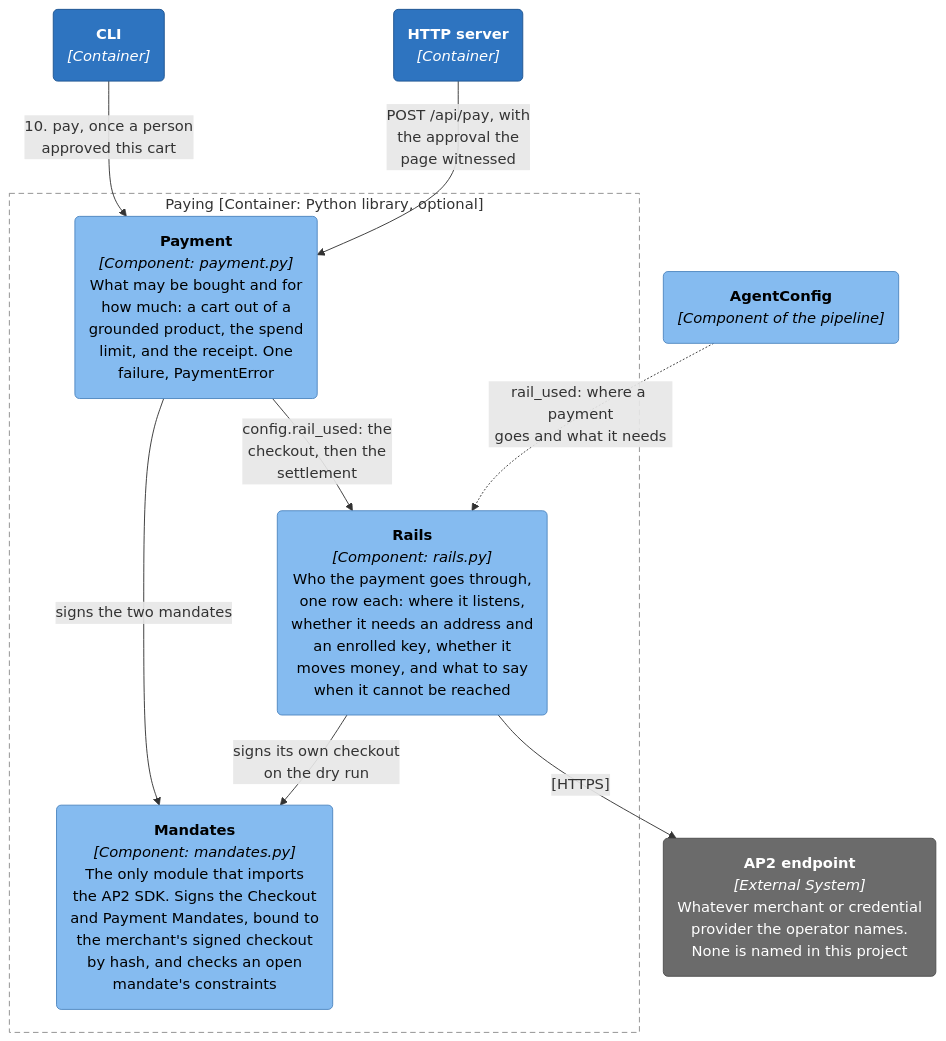
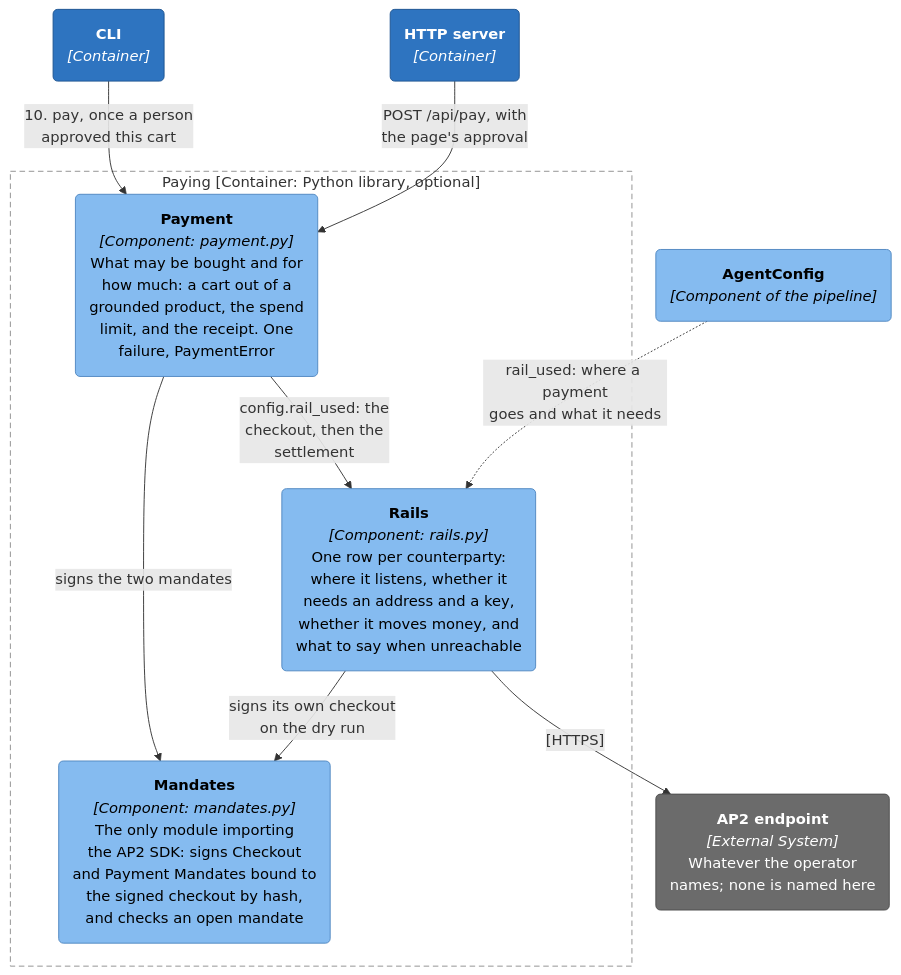
The eighth of 11 diagrams in docs/architecture.md (adamw7/buy_agent), drawn with Mermaid before and after one commit. The commit also changed other lines of this file and 6 other files, not shown here.

````diff
--- a/docs/architecture.md
+++ b/docs/architecture.md
@@ -426,37 +413,37 @@
 ```mermaid
 ---
 config:
   flowchart:
     wrappingWidth: 400
     nodeSpacing: 32
     rankSpacing: 50
 ---
 graph TB
     cli("<b>CLI</b><br/><i>[Container]</i>")
     server("<b>HTTP server</b><br/><i>[Container]</i>")
     config("<b>AgentConfig</b><br/><i>[Component of the pipeline]</i>")
 
     subgraph paying["Paying [Container: Python library, optional]"]
         payment("<b>Payment</b><br/><i>[Component: payment.py]</i><br/>What may be bought and for<br/>how much: a cart out of a<br/>grounded product, the spend<br/>limit, and the receipt. One<br/>failure, PaymentError")
-        railsc("<b>Rails</b><br/><i>[Component: rails.py]</i><br/>Who the payment goes through,<br/>one row each: where it listens,<br/>whether it needs an address and<br/>an enrolled key, whether it<br/>moves money, and what to say<br/>when it cannot be reached")
-        mandatesc("<b>Mandates</b><br/><i>[Component: mandates.py]</i><br/>The only module that imports<br/>the AP2 SDK. Signs the Checkout<br/>and Payment Mandates, bound to<br/>the merchant's signed checkout<br/>by hash, and checks an open<br/>mandate's constraints")
+        railsc("<b>Rails</b><br/><i>[Component: rails.py]</i><br/>One row per counterparty:<br/>where it listens, whether it<br/>needs an address and a key,<br/>whether it moves money, and<br/>what to say when unreachable")
+        mandatesc("<b>Mandates</b><br/><i>[Component: mandates.py]</i><br/>The only module importing<br/>the AP2 SDK: signs Checkout<br/>and Payment Mandates bound to<br/>the signed checkout by hash,<br/>and checks an open mandate")
     end
 
-    counterparty("<b>AP2 endpoint</b><br/><i>[External System]</i><br/>Whatever merchant or credential<br/>provider the operator names.<br/>None is named in this project")
+    counterparty("<b>AP2 endpoint</b><br/><i>[External System]</i><br/>Whatever the operator<br/>names; none is named here")
 
     cli -->|"10. pay, once a person<br/>approved this cart"| payment
-    server -->|"POST /api/pay, with<br/>the approval the<br/>page witnessed"| payment
+    server -->|"POST /api/pay, with<br/>the page's approval"| payment
     payment -->|"signs the two mandates"| mandatesc
     payment -->|"config.rail_used: the<br/>checkout, then the<br/>settlement"| railsc
     config -.->|"rail_used: where a payment<br/>goes and what it needs"| railsc
     railsc -->|"signs its own checkout<br/>on the dry run"| mandatesc
     railsc -->|"[HTTPS]"| counterparty
 
     classDef container fill:#2e74c0,stroke:#1d5390,color:#fff
     classDef component fill:#85bbf0,stroke:#4f86c0,color:#000
     classDef external fill:#6b6b6b,stroke:#4d4d4d,color:#fff
     class cli,server container
     class config,payment,railsc,mandatesc component
     class counterparty external
     style paying fill:none,stroke:#8c8c8c,stroke-width:1px,stroke-dasharray:6 4
 ```
````
